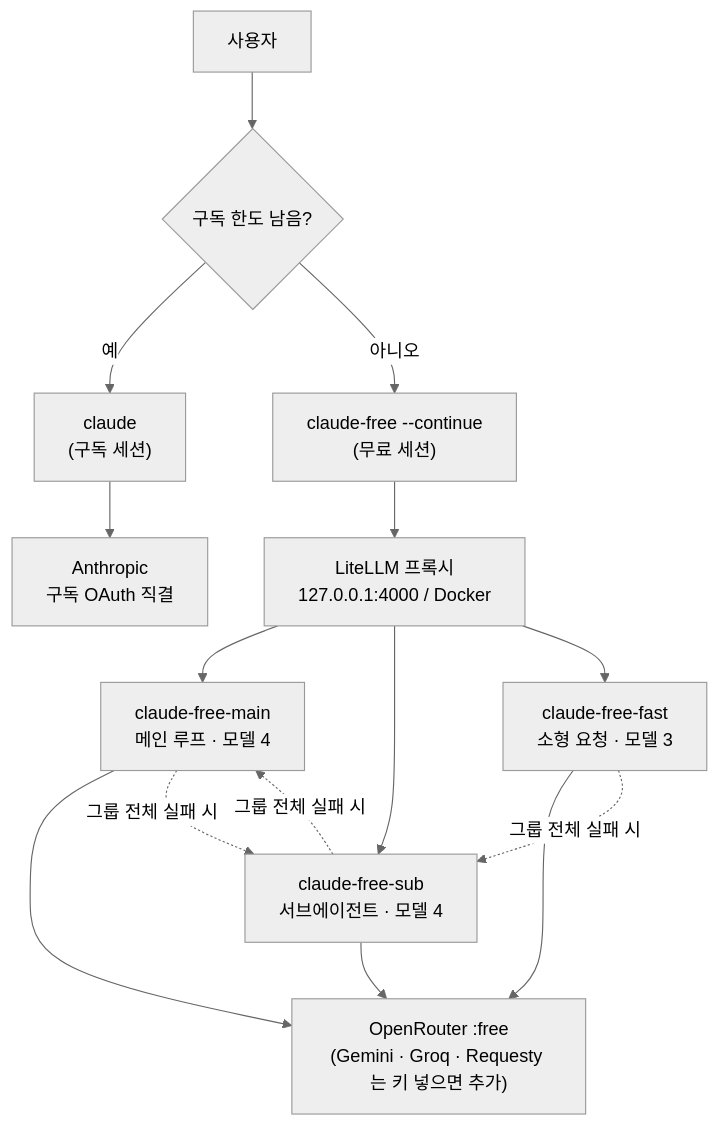
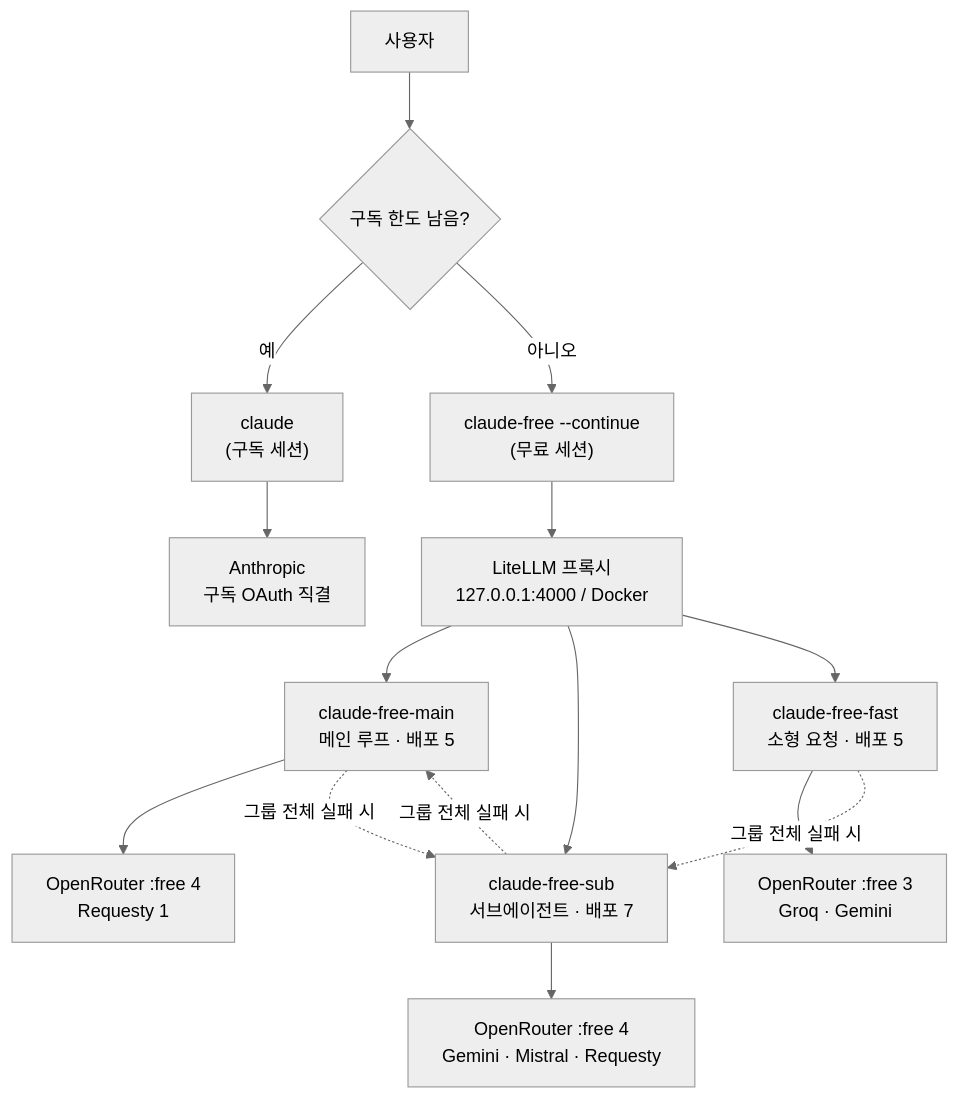
The first of 2 diagrams in README.md (LonerStayle/claude-free-settings), drawn with Mermaid (neutral theme) before and after one commit. The commit also changed other lines of this file and 5 other files, not shown here.

````diff
--- a/README.md
+++ b/README.md
@@ -19,22 +19,22 @@
 ```mermaid
 flowchart TD
     U["사용자"] --> Q{"구독 한도 남음?"}
 
     Q -- "예" --> C1["claude<br/>(구독 세션)"]
     C1 --> AN["Anthropic<br/>구독 OAuth 직결"]
 
     Q -- "아니오" --> C2["claude-free --continue<br/>(무료 세션)"]
     C2 --> L["LiteLLM 프록시<br/>127.0.0.1:4000 / Docker"]
 
-    L --> M["claude-free-main<br/>메인 루프 · 모델 4"]
-    L --> S["claude-free-sub<br/>서브에이전트 · 모델 4"]
-    L --> F["claude-free-fast<br/>소형 요청 · 모델 3"]
+    L --> M["claude-free-main<br/>메인 루프 · 배포 5"]
+    L --> S["claude-free-sub<br/>서브에이전트 · 배포 7"]
+    L --> F["claude-free-fast<br/>소형 요청 · 배포 5"]
 
-    M --> P["OpenRouter :free<br/>(Gemini · Groq · Requesty 는 키 넣으면 추가)"]
-    S --> P
-    F --> P
+    M --> M1["OpenRouter :free 4<br/>Requesty 1"]
+    S --> S1["OpenRouter :free 4<br/>Gemini · Mistral · Requesty"]
+    F --> F1["OpenRouter :free 3<br/>Groq · Gemini"]
 
     M -. "그룹 전체 실패 시" .-> S
     S -. "그룹 전체 실패 시" .-> M
     F -. "그룹 전체 실패 시" .-> S
 ```
````
